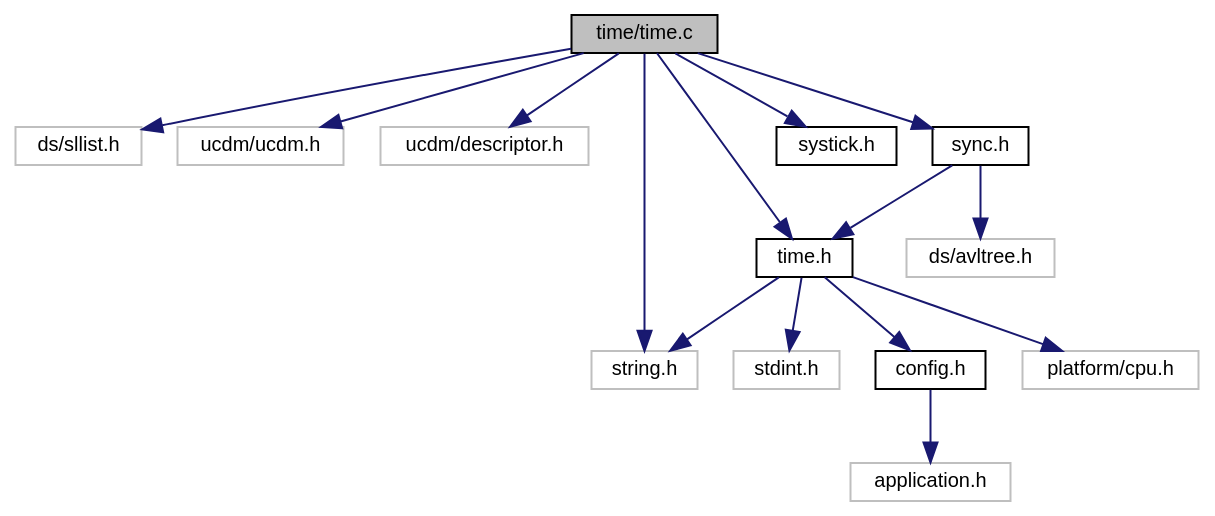
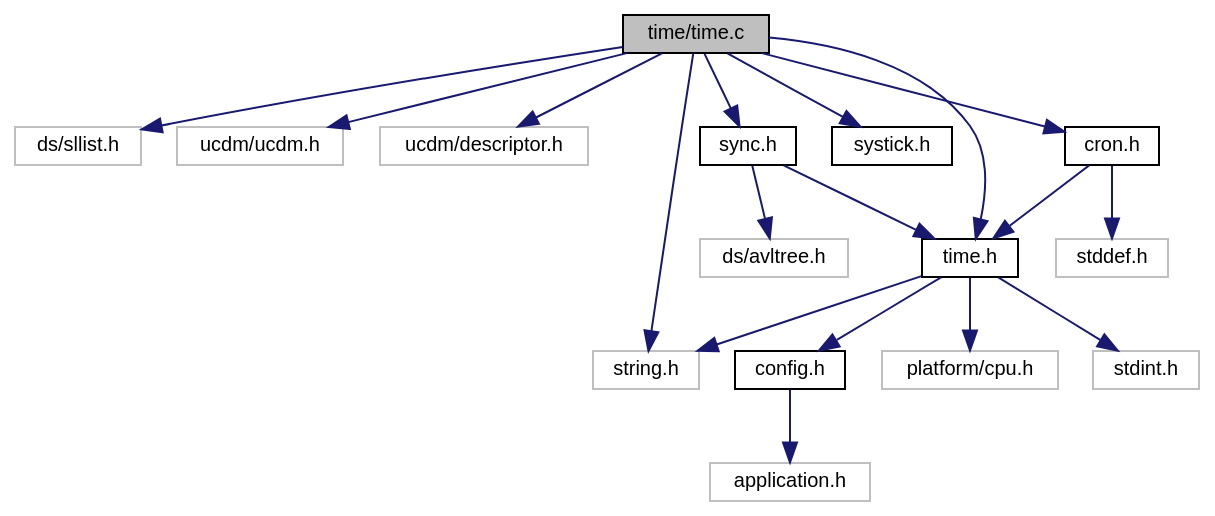
One commit to ebs-universe/piolib-time changed the diagram in time_8c__incl.dot. Above: the diagram before and after it, drawn with Graphviz. The commit also changed 90 other files, not shown here.

```diff
--- a/time_8c__incl.dot
+++ b/time_8c__incl.dot
@@ -1,35 +1,40 @@
 digraph "time/time.c"
 {
  // INTERACTIVE_SVG=YES
  // LATEX_PDF_SIZE
   bgcolor="transparent";
   edge [fontname="Helvetica",fontsize="10",labelfontname="Helvetica",labelfontsize="10"];
   node [fontname="Helvetica",fontsize="10",shape=record];
   Node1 [label="time/time.c",height=0.2,width=0.4,color="black", fillcolor="grey75", style="filled", fontcolor="black",tooltip="Time related function implementations."];
   Node1 -> Node2 [color="midnightblue",fontsize="10",style="solid",fontname="Helvetica"];
   Node2 [label="ds/sllist.h",height=0.2,width=0.4,color="grey75",tooltip=" "];
   Node1 -> Node3 [color="midnightblue",fontsize="10",style="solid",fontname="Helvetica"];
   Node3 [label="ucdm/ucdm.h",height=0.2,width=0.4,color="grey75",tooltip=" "];
   Node1 -> Node4 [color="midnightblue",fontsize="10",style="solid",fontname="Helvetica"];
   Node4 [label="ucdm/descriptor.h",height=0.2,width=0.4,color="grey75",tooltip=" "];
   Node1 -> Node5 [color="midnightblue",fontsize="10",style="solid",fontname="Helvetica"];
   Node5 [label="string.h",height=0.2,width=0.4,color="grey75",tooltip=" "];
   Node1 -> Node6 [color="midnightblue",fontsize="10",style="solid",fontname="Helvetica"];
   Node6 [label="time.h",height=0.2,width=0.4,color="black",URL="$time_8h.html",tooltip="Time related functions for embebedded systems."];
   Node6 -> Node7 [color="midnightblue",fontsize="10",style="solid",fontname="Helvetica"];
   Node7 [label="stdint.h",height=0.2,width=0.4,color="grey75",tooltip=" "];
   Node6 -> Node5 [color="midnightblue",fontsize="10",style="solid",fontname="Helvetica"];
   Node6 -> Node8 [color="midnightblue",fontsize="10",style="solid",fontname="Helvetica"];
   Node8 [label="config.h",height=0.2,width=0.4,color="black",URL="$config_8h_source.html",tooltip=" "];
   Node8 -> Node9 [color="midnightblue",fontsize="10",style="solid",fontname="Helvetica"];
   Node9 [label="application.h",height=0.2,width=0.4,color="grey75",tooltip=" "];
   Node6 -> Node10 [color="midnightblue",fontsize="10",style="solid",fontname="Helvetica"];
   Node10 [label="platform/cpu.h",height=0.2,width=0.4,color="grey75",tooltip=" "];
   Node1 -> Node11 [color="midnightblue",fontsize="10",style="solid",fontname="Helvetica"];
   Node11 [label="systick.h",height=0.2,width=0.4,color="black",URL="$systick_8h_source.html",tooltip=" "];
   Node1 -> Node12 [color="midnightblue",fontsize="10",style="solid",fontname="Helvetica"];
   Node12 [label="sync.h",height=0.2,width=0.4,color="black",URL="$sync_8h.html",tooltip="Time synchonization functions for embebedded systems."];
   Node12 -> Node13 [color="midnightblue",fontsize="10",style="solid",fontname="Helvetica"];
   Node13 [label="ds/avltree.h",height=0.2,width=0.4,color="grey75",tooltip=" "];
   Node12 -> Node6 [color="midnightblue",fontsize="10",style="solid",fontname="Helvetica"];
+  Node1 -> Node14 [color="midnightblue",fontsize="10",style="solid",fontname="Helvetica"];
+  Node14 [label="cron.h",height=0.2,width=0.4,color="black",URL="$cron_8h.html",tooltip="Cron-like scheduling framework for embebedded systems."];
+  Node14 -> Node15 [color="midnightblue",fontsize="10",style="solid",fontname="Helvetica"];
+  Node15 [label="stddef.h",height=0.2,width=0.4,color="grey75",tooltip=" "];
+  Node14 -> Node6 [color="midnightblue",fontsize="10",style="solid",fontname="Helvetica"];
 }
```
